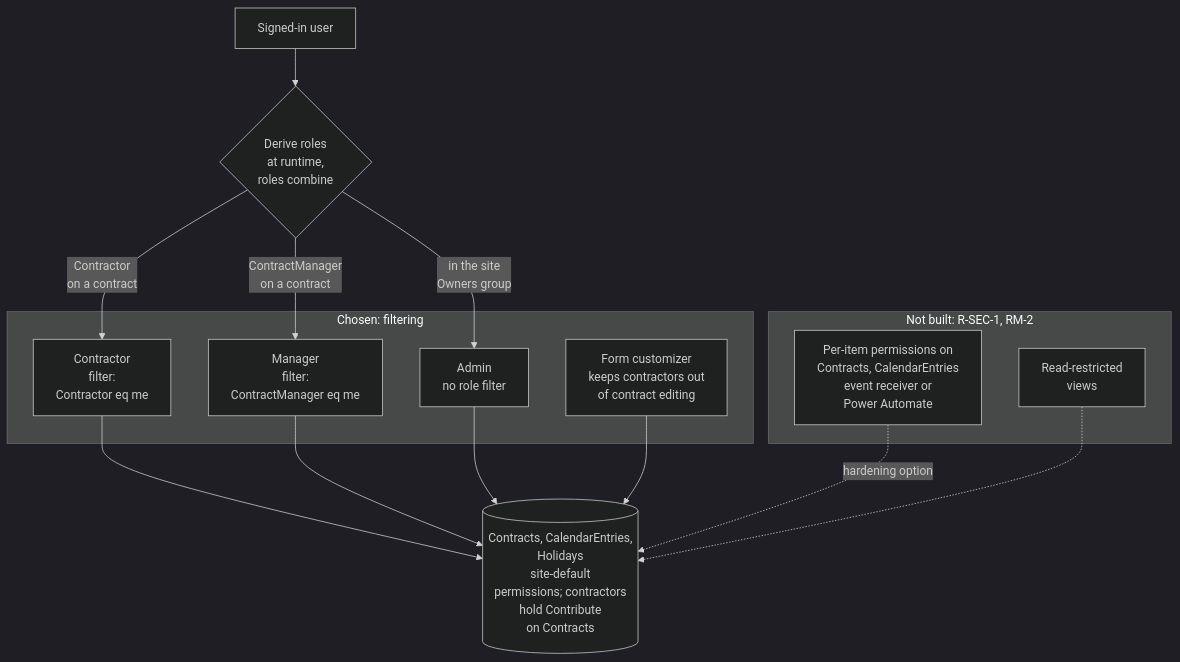
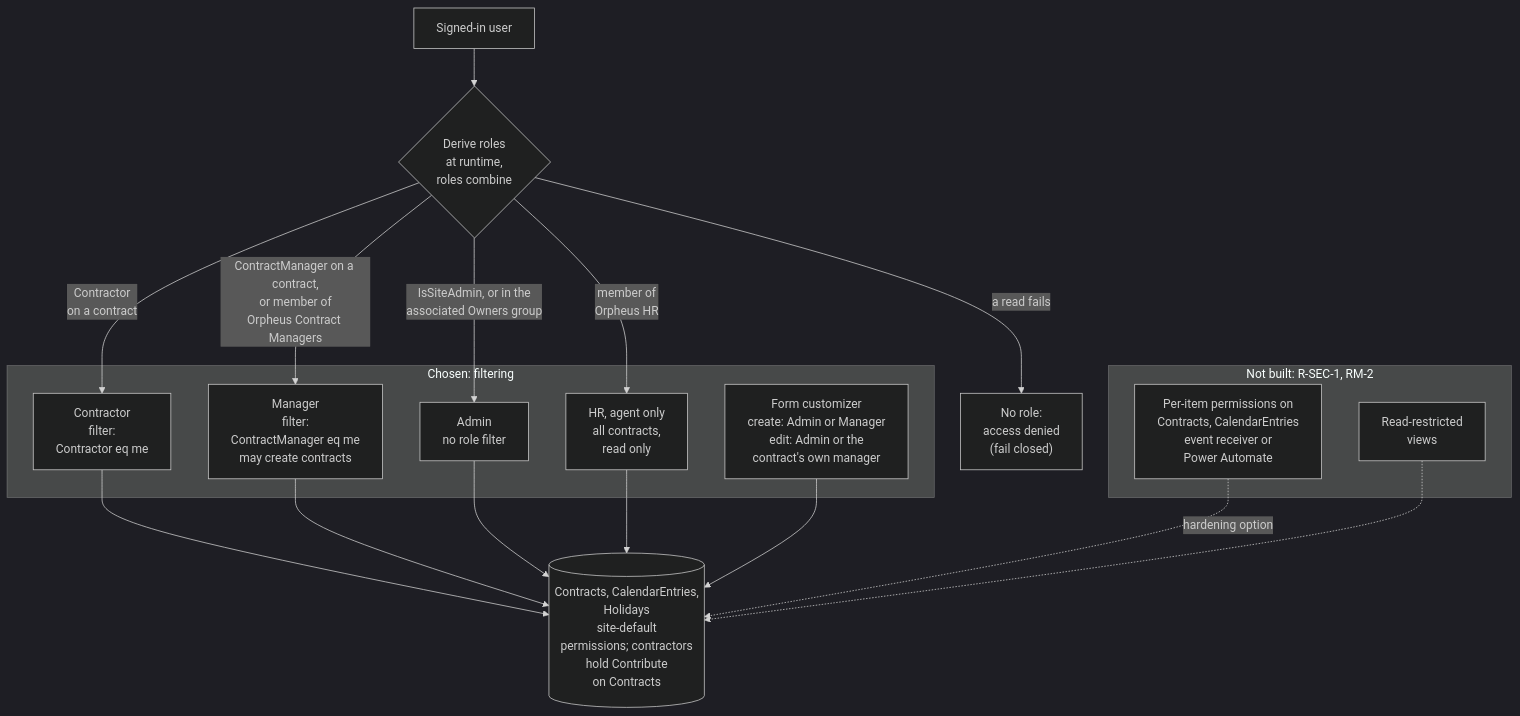
The diagram in architecture/adr/0005-web-part-filtering-over-item-level-permissions.md (Sartor87/orpheus-systems-sharepoint), drawn with Mermaid (dark theme) before and after one commit. The commit also changed other lines of this file and 12 other files, not shown here.

First line of the commit message:
docs(architecture): diagrams and ADR amendments for provisioning, roles and CI

````diff
--- a/architecture/adr/0005-web-part-filtering-over-item-level-permissions.md
+++ b/architecture/adr/0005-web-part-filtering-over-item-level-permissions.md
@@ -39,24 +39,28 @@
 ```mermaid
 flowchart TB
   U["Signed-in user"] --> R{"Derive roles<br/>at runtime,<br/>roles combine"}
+  R -->|"a read fails"| DENY["No role:<br/>access denied<br/>(fail closed)"]
   subgraph CHOSEN["Chosen: filtering"]
     C["Contractor<br/>filter:<br/>Contractor eq me"]
-    M["Manager<br/>filter:<br/>ContractManager eq me"]
+    M["Manager<br/>filter:<br/>ContractManager eq me<br/>may create contracts"]
     A["Admin<br/>no role filter"]
-    FORM["Form customizer<br/>keeps contractors out<br/>of contract editing"]
+    HR["HR, agent only<br/>all contracts,<br/>read only"]
+    FORM["Form customizer<br/>create: Admin or Manager<br/>edit: Admin or the<br/>contract's own manager"]
   end
   R -->|"Contractor<br/>on a contract"| C
-  R -->|"ContractManager<br/>on a contract"| M
-  R -->|"in the site<br/>Owners group"| A
+  R -->|"ContractManager on a contract,<br/>or member of<br/>Orpheus Contract Managers"| M
+  R -->|"IsSiteAdmin, or in the<br/>associated Owners group"| A
+  R -->|"member of<br/>Orpheus HR"| HR
   C --> L
   M --> L
   A --> L
+  HR --> L
   FORM --> L
   L[("Contracts, CalendarEntries,<br/>Holidays<br/>site-default<br/>permissions; contractors<br/>hold Contribute<br/>on Contracts")]
   subgraph ALT["Not built: R-SEC-1, RM-2"]
     IP["Per-item permissions on<br/>Contracts, CalendarEntries<br/>event receiver or<br/>Power Automate"]
     RV["Read-restricted<br/>views"]
   end
   IP -.->|"hardening option"| L
   RV -.-> L
 ```
````
